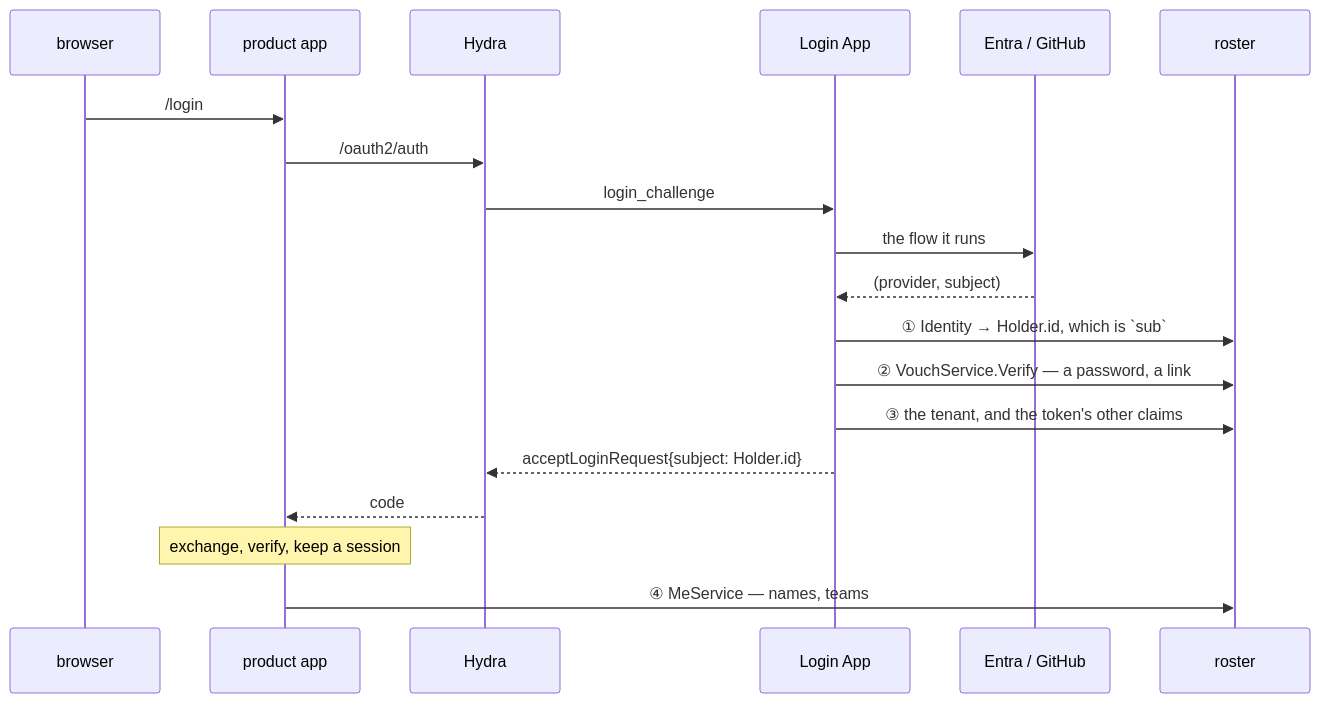
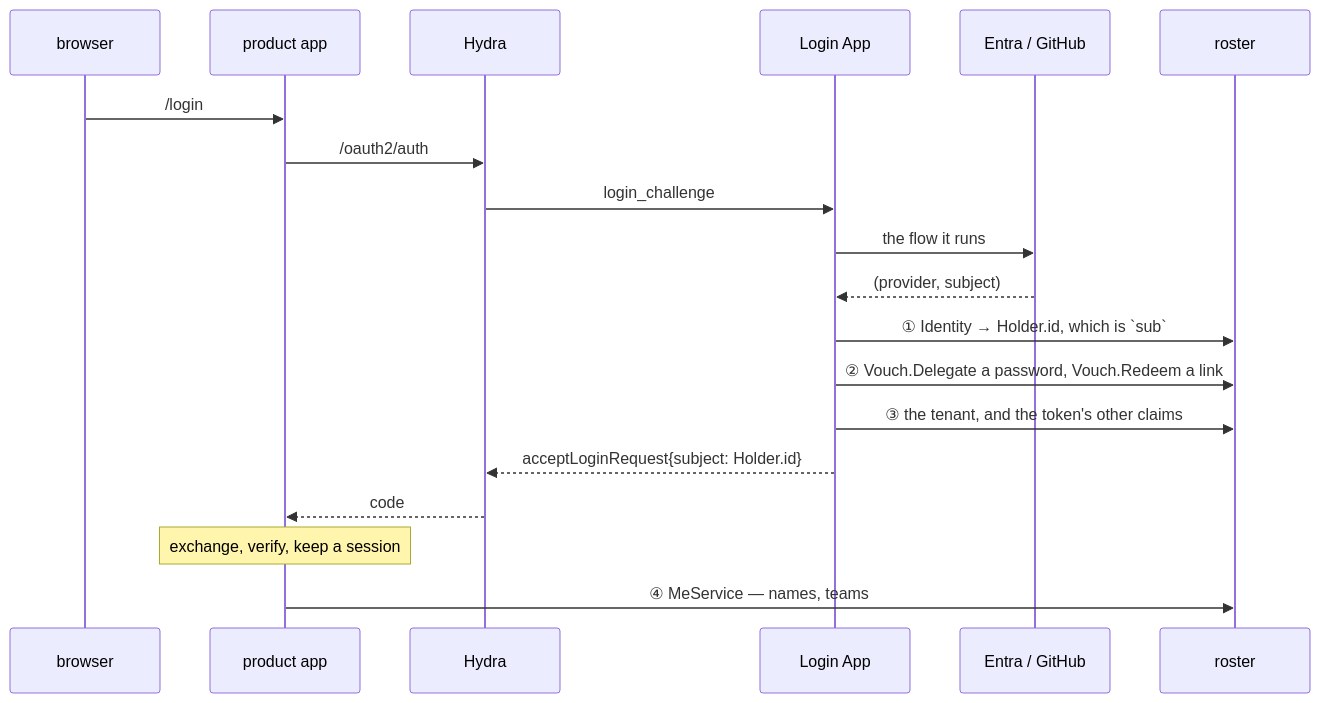
Before and after one commit to lesomnus/roster: the diagram in docs/position.md, drawn with Mermaid. The commit also changed 3 other files, not shown here.

````diff
--- a/docs/position.md
+++ b/docs/position.md
@@ -94,24 +94,24 @@
 ```mermaid
 sequenceDiagram
   participant B as browser
   participant A as product app
   participant H as Hydra
   participant L as Login App
   participant E as Entra / GitHub
   participant R as roster
 
   B->>A: /login
   A->>H: /oauth2/auth
   H->>L: login_challenge
   L->>E: the flow it runs
   E-->>L: (provider, subject)
 
   L->>R: ① Identity → Holder.id, which is `sub`
-  L->>R: ② VouchService.Verify — a password, a link
+  L->>R: ② Vouch.Delegate a password, Vouch.Redeem a link
   L->>R: ③ the tenant, and the token's other claims
 
   L-->>H: acceptLoginRequest{subject: Holder.id}
   H-->>A: code
   Note over A: exchange, verify, keep a session
   A->>R: ④ MeService — names, teams
 ```
````
